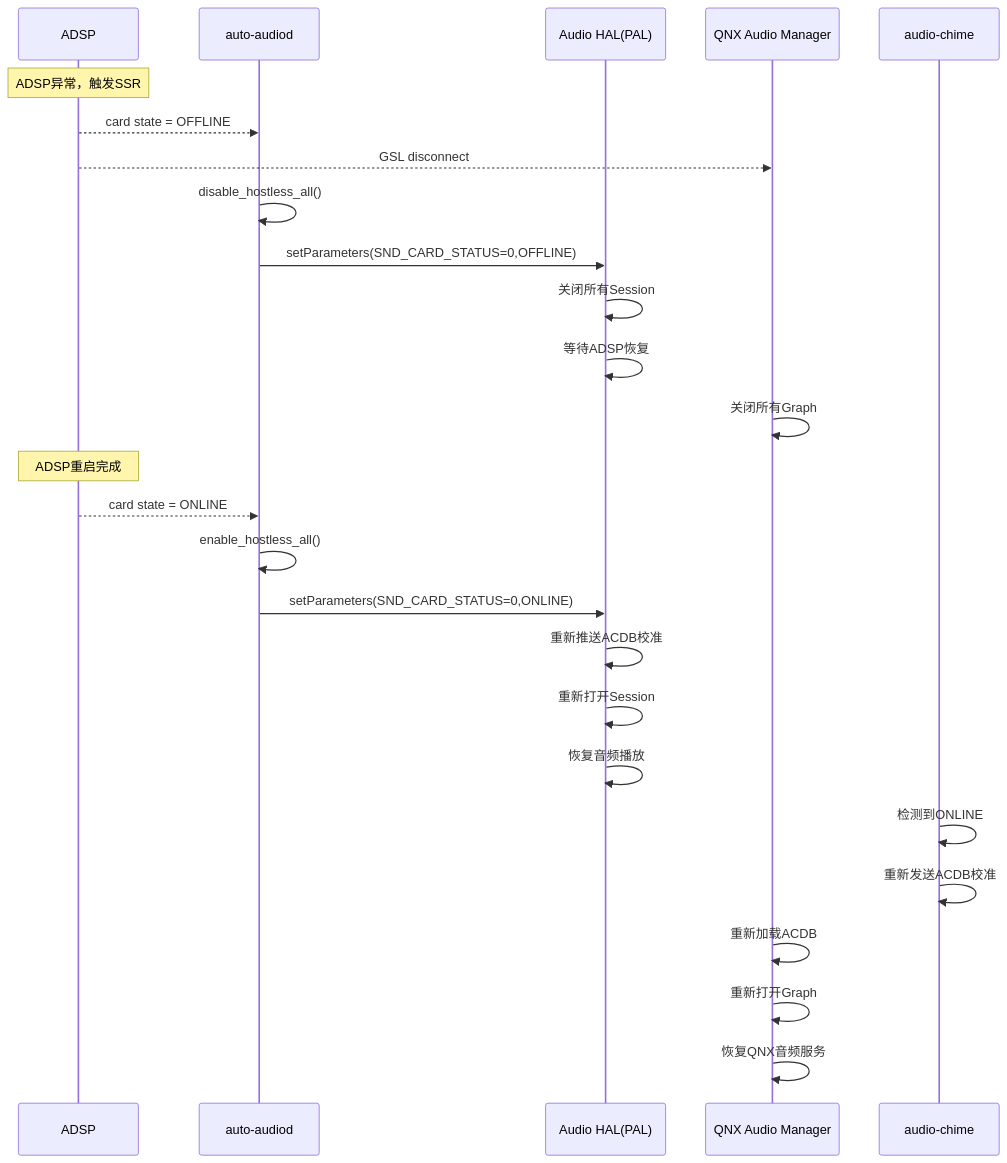
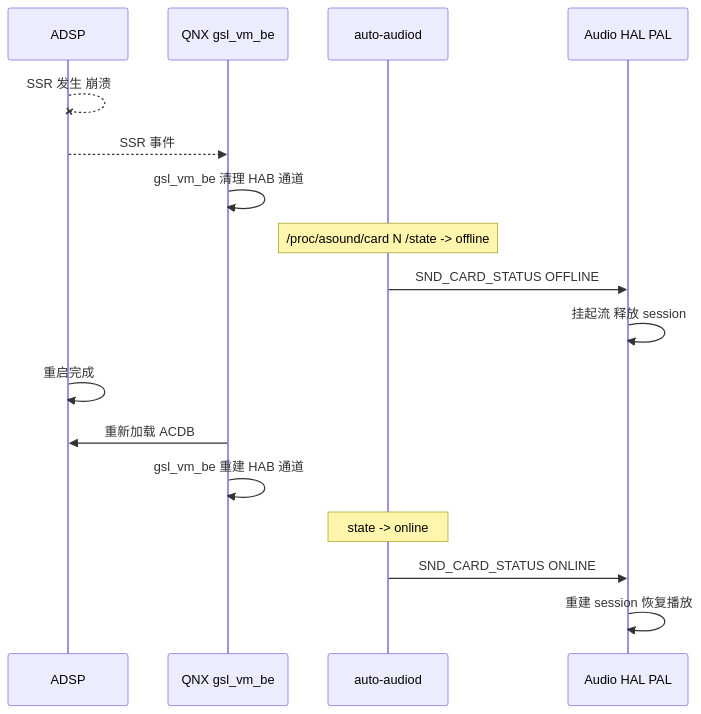
The fourth of 4 diagrams in 16_Vendor_QNX_Architecture/16_16.12_Android+QNX双域架构总结.md (yanglinzhen1022/SA8295_AAOS_QNX_Audio_KnowledgeBase), drawn with Mermaid before and after one commit. The commit also changed other lines of this file and 48 other files, not shown here.

````diff
--- a/16_Vendor_QNX_Architecture/16_16.12_Android+QNX双域架构总结.md
+++ b/16_Vendor_QNX_Architecture/16_16.12_Android+QNX双域架构总结.md
@@ -174,35 +158,20 @@
 ```mermaid
 sequenceDiagram
     participant ADSP as ADSP
+    participant QNX as QNX gsl_vm_be
     participant AUDIOD as auto-audiod
-    participant AHAL as Audio HAL(PAL)
-    participant QNX_AM as QNX Audio Manager
-    participant CHIME as audio-chime
+    participant AHAL as Audio HAL PAL
 
-    Note over ADSP: ADSP异常，触发SSR
-    ADSP-->>AUDIOD: card state = OFFLINE
-    ADSP-->>QNX_AM: GSL disconnect
-
-    AUDIOD->>AUDIOD: disable_hostless_all()
-    AUDIOD->>AHAL: setParameters(SND_CARD_STATUS=0,OFFLINE)
-    AHAL->>AHAL: 关闭所有Session
-    AHAL->>AHAL: 等待ADSP恢复
-    QNX_AM->>QNX_AM: 关闭所有Graph
-
-    Note over ADSP: ADSP重启完成
-    ADSP-->>AUDIOD: card state = ONLINE
-
-    AUDIOD->>AUDIOD: enable_hostless_all()
-    AUDIOD->>AHAL: setParameters(SND_CARD_STATUS=0,ONLINE)
-
-    AHAL->>AHAL: 重新推送ACDB校准
-    AHAL->>AHAL: 重新打开Session
-    AHAL->>AHAL: 恢复音频播放
-
-    CHIME->>CHIME: 检测到ONLINE
-    CHIME->>CHIME: 重新发送ACDB校准
-
-    QNX_AM->>QNX_AM: 重新加载ACDB
-    QNX_AM->>QNX_AM: 重新打开Graph
-    QNX_AM->>QNX_AM: 恢复QNX音频服务
+    ADSP--xADSP: SSR 发生 崩溃
+    ADSP-->>QNX: SSR 事件
+    QNX->>QNX: gsl_vm_be 清理 HAB 通道
+    Note over AUDIOD: /proc/asound/card N /state -> offline
+    AUDIOD->>AHAL: SND_CARD_STATUS OFFLINE
+    AHAL->>AHAL: 挂起流 释放 session
+    ADSP->>ADSP: 重启完成
+    QNX->>ADSP: 重新加载 ACDB
+    QNX->>QNX: gsl_vm_be 重建 HAB 通道
+    Note over AUDIOD: state -> online
+    AUDIOD->>AHAL: SND_CARD_STATUS ONLINE
+    AHAL->>AHAL: 重建 session 恢复播放
 ```
````
